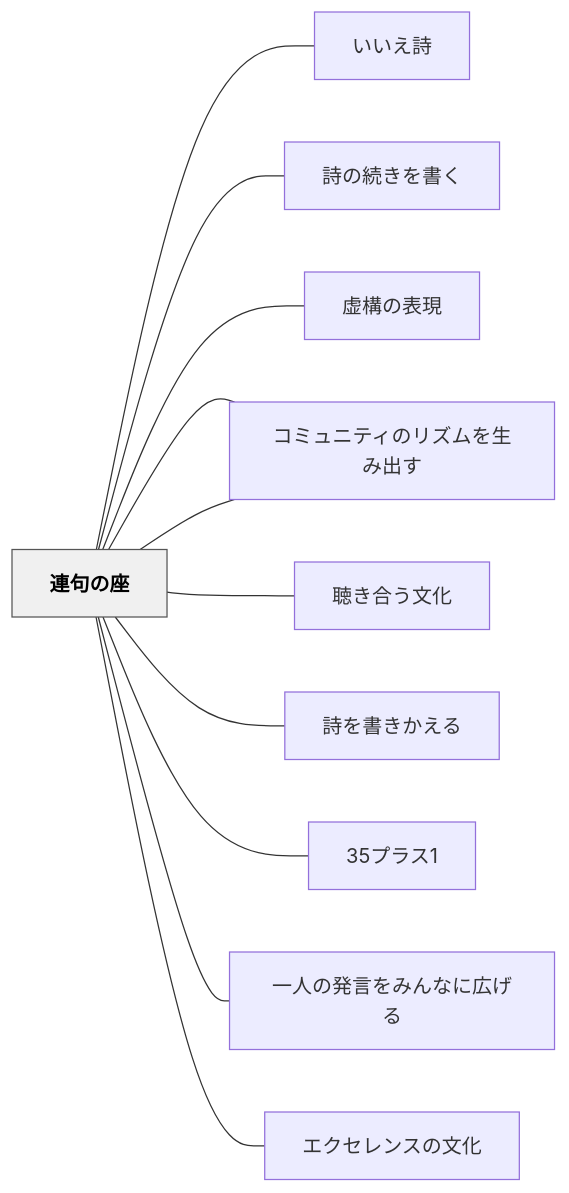
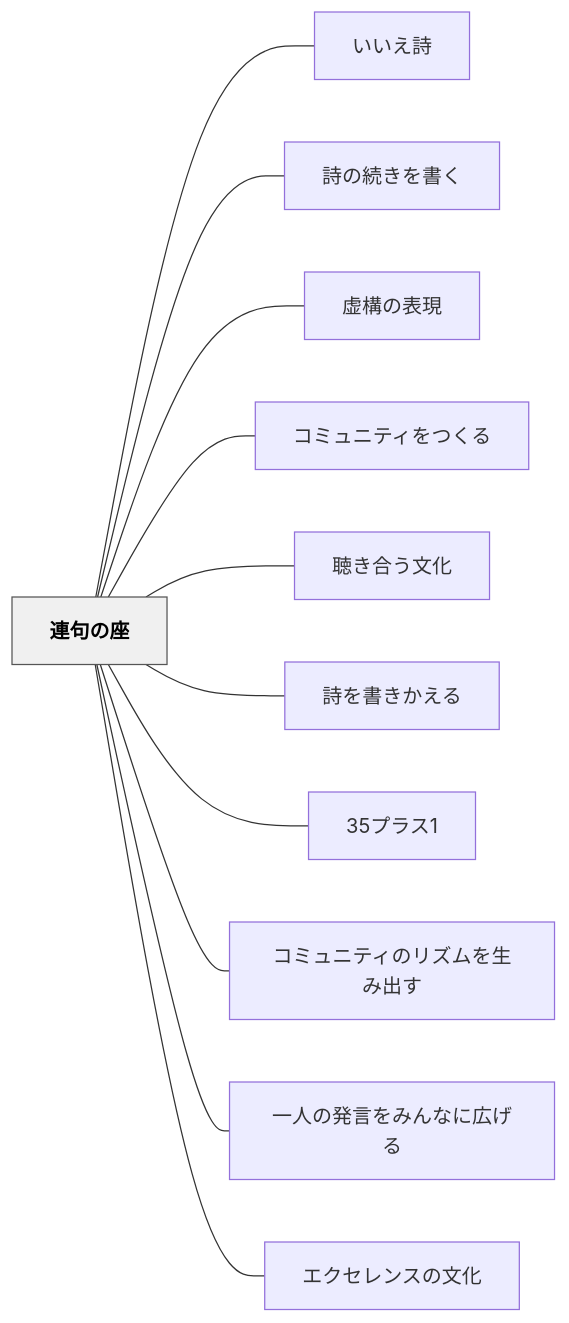
One commit to unknownthings-ed-patterns/unknownthings-ed-patterns changed the diagram in content/パタン/連句の座.md. Above: the diagram before and after it, drawn with Mermaid. The commit also changed 527 other files, not shown here.

````diff
--- a/content/パタン/連句の座.md
+++ b/content/パタン/連句の座.md
@@ -65,28 +65,28 @@
 ```mermaid
 flowchart LR
-    ne980a3e58fa5["連句の座"]
-    ne38184e38184["いいえ詩"]
-    ne8a9a9e381ae["詩の続きを書く"]
-    ne8999ae6a78b["虚構の表現"]
-    ne382b3e3839f["コミュニティをつくる"]
-    ne881b4e3818d["聴き合う文化"]
-    ne8a9a9e38292["詩を書きかえる"]
-    n3335e38397e3["35プラス1"]
-    ne382b3e3839f["コミュニティのリズムを生み出す"]
-    ne4b880e4baba["一人の発言をみんなに広げる"]
-    ne382a8e382af["エクセレンスの文化"]
+    ne980a3e58fa5e381aee5baa7["連句の座"]
+    ne38184e38184e38188e8a9a9["いいえ詩"]
+    ne8a9a9e381aee7b69ae3818de38292e69bb8e3818f["詩の続きを書く"]
+    ne8999ae6a78be381aee8a1a8e78fbe["虚構の表現"]
+    ne382b3e3839fe383a5e3838be38386e382a3e38292e381a4e3818fe3828b["コミュニティをつくる"]
+    ne881b4e3818de59088e38186e69687e58c96["聴き合う文化"]
+    ne8a9a9e38292e69bb8e3818de3818be38188e3828b["詩を書きかえる"]
+    n3335e38397e383a9e382b931["35プラス1"]
+    ne382b3e3839fe383a5e3838be38386e382a3e381aee383aae382bae383a0e38292e7949fe381bfe587bae38199["コミュニティのリズムを生み出す"]
+    ne4b880e4babae381aee799bae8a880e38292e381bfe38293e381aae381abe5ba83e38192e3828b["一人の発言をみんなに広げる"]
+    ne382a8e382afe382bbe383ace383b3e382b9e381aee69687e58c96["エクセレンスの文化"]
 
-    ne980a3e58fa5 --- ne38184e38184
-    ne980a3e58fa5 --- ne8a9a9e381ae
-    ne980a3e58fa5 --- ne8999ae6a78b
-    ne980a3e58fa5 --- ne382b3e3839f
-    ne980a3e58fa5 --- ne881b4e3818d
-    ne980a3e58fa5 --- ne8a9a9e38292
-    ne980a3e58fa5 --- n3335e38397e3
-    ne980a3e58fa5 --- ne382b3e3839f
-    ne980a3e58fa5 --- ne4b880e4baba
-    ne980a3e58fa5 --- ne382a8e382af
+    ne980a3e58fa5e381aee5baa7 --- ne38184e38184e38188e8a9a9
+    ne980a3e58fa5e381aee5baa7 --- ne8a9a9e381aee7b69ae3818de38292e69bb8e3818f
+    ne980a3e58fa5e381aee5baa7 --- ne8999ae6a78be381aee8a1a8e78fbe
+    ne980a3e58fa5e381aee5baa7 --- ne382b3e3839fe383a5e3838be38386e382a3e38292e381a4e3818fe3828b
+    ne980a3e58fa5e381aee5baa7 --- ne881b4e3818de59088e38186e69687e58c96
+    ne980a3e58fa5e381aee5baa7 --- ne8a9a9e38292e69bb8e3818de3818be38188e3828b
+    ne980a3e58fa5e381aee5baa7 --- n3335e38397e383a9e382b931
+    ne980a3e58fa5e381aee5baa7 --- ne382b3e3839fe383a5e3838be38386e382a3e381aee383aae382bae383a0e38292e7949fe381bfe587bae38199
+    ne980a3e58fa5e381aee5baa7 --- ne4b880e4babae381aee799bae8a880e38292e381bfe38293e381aae381abe5ba83e38192e3828b
+    ne980a3e58fa5e381aee5baa7 --- ne382a8e382afe382bbe383ace383b3e382b9e381aee69687e58c96
 
     classDef hub fill:#f0f0f0,stroke:#555,color:#000,font-weight:bold
-    class ne980a3e58fa5 hub
+    class ne980a3e58fa5e381aee5baa7 hub
 ```
````
